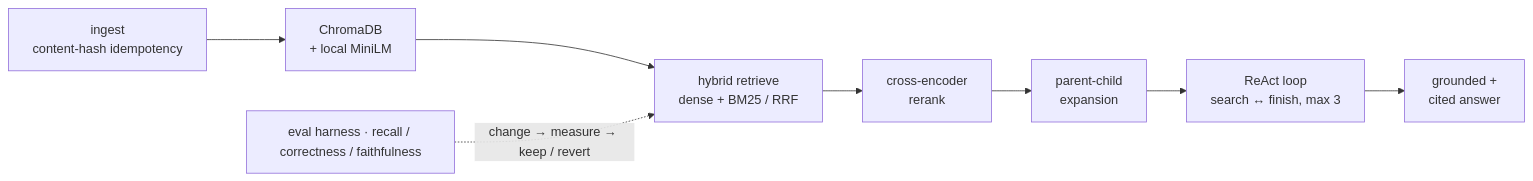
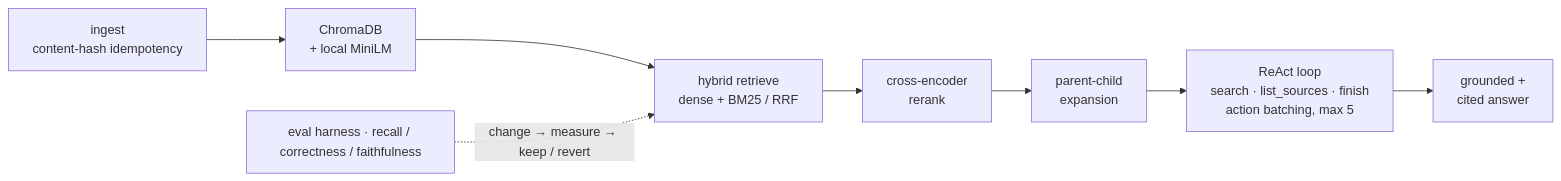
Before and after one commit to AayushAlokGit/AgenticRAGResearchAssistant: the diagram in README.md, drawn with Mermaid. The commit also changed other lines of this file and 8 other files, not shown here.

````diff
--- a/README.md
+++ b/README.md
@@ -12,10 +12,10 @@
 ```mermaid
 flowchart LR
   I[ingest<br/>content-hash idempotency] --> S[ChromaDB<br/>+ local MiniLM]
   S --> H[hybrid retrieve<br/>dense + BM25 / RRF]
   H --> R[cross-encoder<br/>rerank]
   R --> P[parent-child<br/>expansion]
-  P --> L[ReAct loop<br/>search ↔ finish, max 3]
+  P --> L[ReAct loop<br/>search · list_sources · finish<br/>action batching, max 5]
   L --> A[grounded +<br/>cited answer]
   E[eval harness · recall / correctness / faithfulness] -. change → measure → keep / revert .-> H
 ```
````
